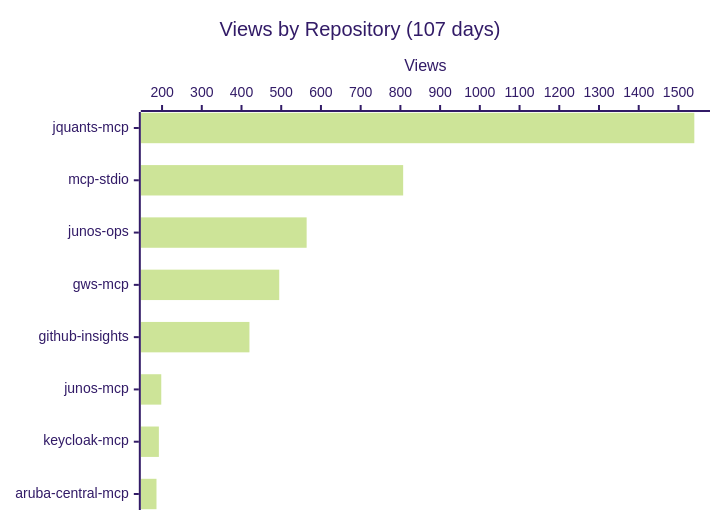
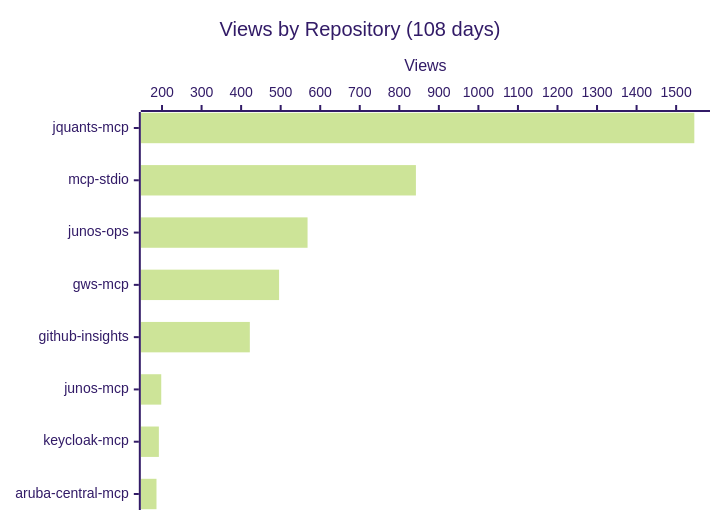
One commit to shigechika/github-insights changed the first of 3 diagrams in README.md. Above: the diagram before and after it, drawn with Mermaid (forest theme). The commit also changed other lines of this file and 2 other files, not shown here.

````diff
--- a/README.md
+++ b/README.md
@@ -18,7 +18,7 @@
 ```mermaid
 xychart-beta horizontal
-    title "Views by Repository (107 days)"
+    title "Views by Repository (108 days)"
     x-axis ["jquants-mcp", "mcp-stdio", "junos-ops", "gws-mcp", "github-insights", "junos-mcp", "keycloak-mcp", "aruba-central-mcp"]
     y-axis "Views"
-    bar [1540, 807, 564, 495, 420, 198, 192, 186]
+    bar [1546, 842, 568, 496, 422, 198, 192, 186]
 ```
````
